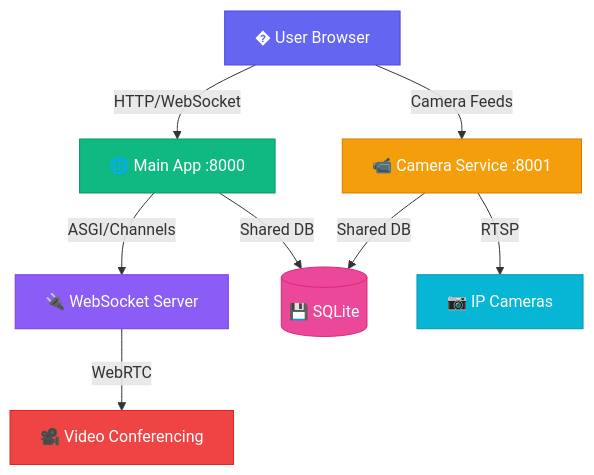
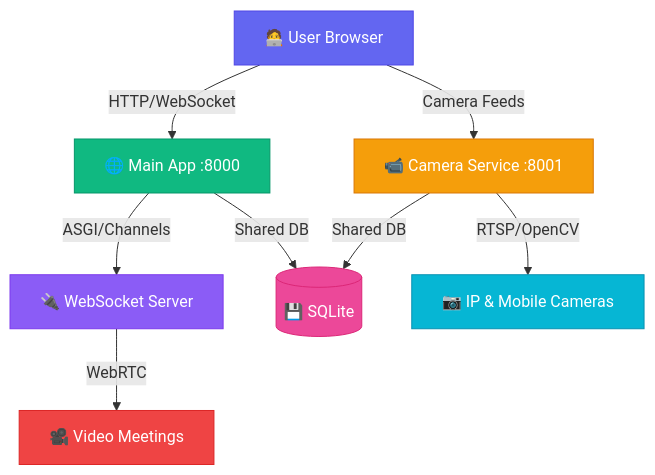
Before and after one commit to GAuravgiy87/Edumi2: the diagram in README.md, drawn with Mermaid. The commit also changed other lines of this file and 23 other files, not shown here.

````diff
--- a/README.md
+++ b/README.md
@@ -336,18 +161,18 @@
 ```mermaid
 graph TB
-    A[� User Browser] -->|HTTP/WebSocket| B[🌐 Main App :8000]
+    A[🧑‍💻 User Browser] -->|HTTP/WebSocket| B[🌐 Main App :8000]
     A -->|Camera Feeds| C[📹 Camera Service :8001]
     B -->|ASGI/Channels| D[🔌 WebSocket Server]
     B -->|Shared DB| E[(💾 SQLite)]
     C -->|Shared DB| E
-    C -->|RTSP| F[📷 IP Cameras]
-    D -->|WebRTC| G[🎥 Video Conferencing]
+    C -->|RTSP/OpenCV| F[📷 IP & Mobile Cameras]
+    D -->|WebRTC| G[🎥 Video Meetings]
     
     style A fill:#6366f1,stroke:#4f46e5,color:#fff
     style B fill:#10b981,stroke:#059669,color:#fff
     style C fill:#f59e0b,stroke:#d97706,color:#fff
     style D fill:#8b5cf6,stroke:#7c3aed,color:#fff
     style E fill:#ec4899,stroke:#db2777,color:#fff
     style F fill:#06b6d4,stroke:#0891b2,color:#fff
     style G fill:#ef4444,stroke:#dc2626,color:#fff
 ```
````
